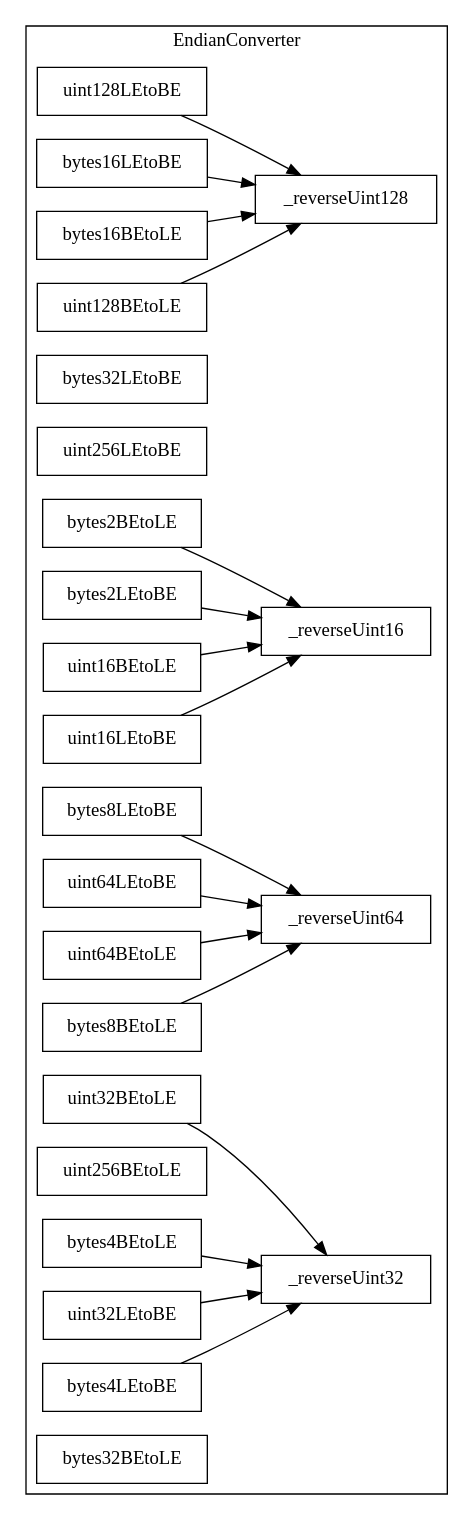
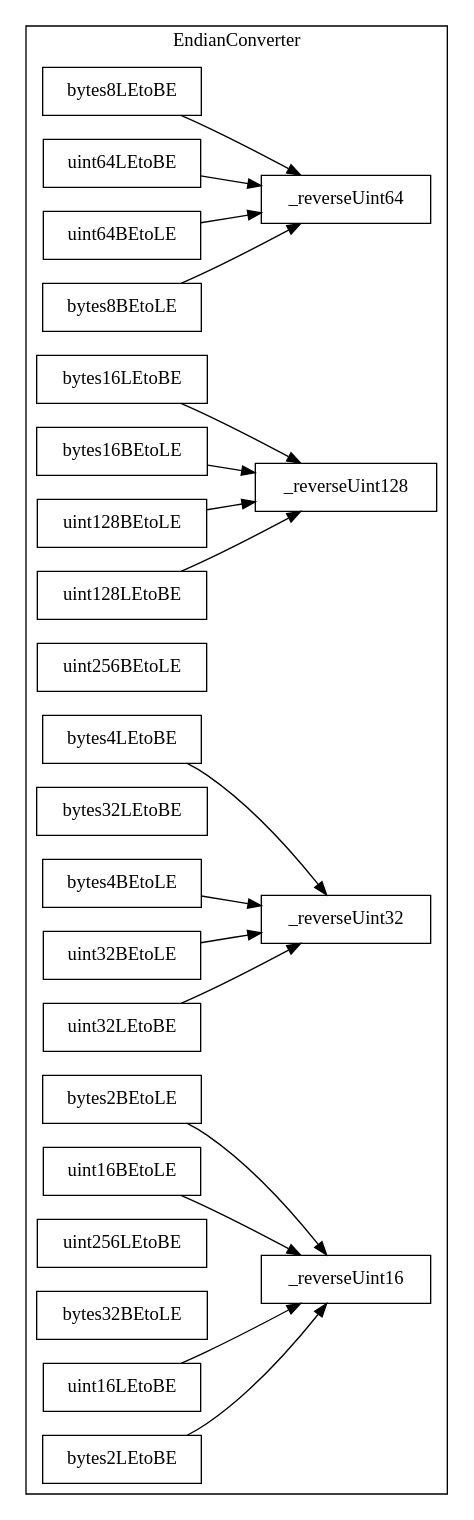
Before and after one commit to quidmints/SPV: the diagram in evm/slither-out/...EndianConverter.call-graph.dot, drawn with Graphviz. The commit also changed 98 other files, not shown here.

First line of the commit message:
Regenerate slither-out: it described an architecture deleted 12 days ago

```diff
--- a/evm/slither-out/...EndianConverter.call-graph.dot
+++ b/evm/slither-out/...EndianConverter.call-graph.dot
@@ -1,49 +1,49 @@
 strict digraph {
 rankdir="LR"
 node [shape=box]
-subgraph cluster_13115_EndianConverter {
+subgraph cluster_15160_EndianConverter {
 label = "EndianConverter"
-"13115_uint16BEtoLE" [label="uint16BEtoLE"]
-"13115_uint128LEtoBE" [label="uint128LEtoBE"]
-"13115_bytes4LEtoBE" [label="bytes4LEtoBE"]
-"13115_bytes16LEtoBE" [label="bytes16LEtoBE"]
-"13115__reverseUint64" [label="_reverseUint64"]
-"13115_bytes32LEtoBE" [label="bytes32LEtoBE"]
-"13115__reverseUint16" [label="_reverseUint16"]
-"13115_uint256LEtoBE" [label="uint256LEtoBE"]
-"13115_bytes16BEtoLE" [label="bytes16BEtoLE"]
-"13115_bytes2LEtoBE" [label="bytes2LEtoBE"]
-"13115_bytes8LEtoBE" [label="bytes8LEtoBE"]
-"13115_uint128BEtoLE" [label="uint128BEtoLE"]
-"13115_uint64LEtoBE" [label="uint64LEtoBE"]
-"13115_uint16LEtoBE" [label="uint16LEtoBE"]
-"13115__reverseUint32" [label="_reverseUint32"]
-"13115_bytes2BEtoLE" [label="bytes2BEtoLE"]
-"13115_uint64BEtoLE" [label="uint64BEtoLE"]
-"13115_uint32LEtoBE" [label="uint32LEtoBE"]
-"13115_uint256BEtoLE" [label="uint256BEtoLE"]
-"13115_bytes4BEtoLE" [label="bytes4BEtoLE"]
-"13115_bytes8BEtoLE" [label="bytes8BEtoLE"]
-"13115__reverseUint128" [label="_reverseUint128"]
-"13115_uint32BEtoLE" [label="uint32BEtoLE"]
-"13115_bytes32BEtoLE" [label="bytes32BEtoLE"]
-"13115_bytes8BEtoLE" -> "13115__reverseUint64"
-"13115_uint16LEtoBE" -> "13115__reverseUint16"
-"13115_bytes16LEtoBE" -> "13115__reverseUint128"
-"13115_bytes4BEtoLE" -> "13115__reverseUint32"
-"13115_uint128LEtoBE" -> "13115__reverseUint128"
-"13115_uint64BEtoLE" -> "13115__reverseUint64"
-"13115_uint16BEtoLE" -> "13115__reverseUint16"
-"13115_uint128BEtoLE" -> "13115__reverseUint128"
-"13115_bytes2LEtoBE" -> "13115__reverseUint16"
-"13115_uint32LEtoBE" -> "13115__reverseUint32"
-"13115_uint64LEtoBE" -> "13115__reverseUint64"
-"13115_bytes4LEtoBE" -> "13115__reverseUint32"
-"13115_uint32BEtoLE" -> "13115__reverseUint32"
-"13115_bytes16BEtoLE" -> "13115__reverseUint128"
-"13115_bytes8LEtoBE" -> "13115__reverseUint64"
-"13115_bytes2BEtoLE" -> "13115__reverseUint16"
+"15160__reverseUint32" [label="_reverseUint32"]
+"15160_bytes4BEtoLE" [label="bytes4BEtoLE"]
+"15160_uint128LEtoBE" [label="uint128LEtoBE"]
+"15160_uint16LEtoBE" [label="uint16LEtoBE"]
+"15160_bytes8LEtoBE" [label="bytes8LEtoBE"]
+"15160__reverseUint128" [label="_reverseUint128"]
+"15160_uint64LEtoBE" [label="uint64LEtoBE"]
+"15160_uint64BEtoLE" [label="uint64BEtoLE"]
+"15160_bytes16LEtoBE" [label="bytes16LEtoBE"]
+"15160_bytes2LEtoBE" [label="bytes2LEtoBE"]
+"15160_uint256BEtoLE" [label="uint256BEtoLE"]
+"15160_uint32BEtoLE" [label="uint32BEtoLE"]
+"15160__reverseUint16" [label="_reverseUint16"]
+"15160_bytes32LEtoBE" [label="bytes32LEtoBE"]
+"15160_uint32LEtoBE" [label="uint32LEtoBE"]
+"15160_uint128BEtoLE" [label="uint128BEtoLE"]
+"15160_bytes2BEtoLE" [label="bytes2BEtoLE"]
+"15160_uint16BEtoLE" [label="uint16BEtoLE"]
+"15160_bytes8BEtoLE" [label="bytes8BEtoLE"]
+"15160__reverseUint64" [label="_reverseUint64"]
+"15160_uint256LEtoBE" [label="uint256LEtoBE"]
+"15160_bytes32BEtoLE" [label="bytes32BEtoLE"]
+"15160_bytes4LEtoBE" [label="bytes4LEtoBE"]
+"15160_bytes16BEtoLE" [label="bytes16BEtoLE"]
+"15160_bytes8BEtoLE" -> "15160__reverseUint64"
+"15160_uint128BEtoLE" -> "15160__reverseUint128"
+"15160_uint16LEtoBE" -> "15160__reverseUint16"
+"15160_uint32LEtoBE" -> "15160__reverseUint32"
+"15160_uint128LEtoBE" -> "15160__reverseUint128"
+"15160_bytes16BEtoLE" -> "15160__reverseUint128"
+"15160_bytes8LEtoBE" -> "15160__reverseUint64"
+"15160_bytes2LEtoBE" -> "15160__reverseUint16"
+"15160_bytes2BEtoLE" -> "15160__reverseUint16"
+"15160_uint16BEtoLE" -> "15160__reverseUint16"
+"15160_uint32BEtoLE" -> "15160__reverseUint32"
+"15160_uint64LEtoBE" -> "15160__reverseUint64"
+"15160_bytes4LEtoBE" -> "15160__reverseUint32"
+"15160_uint64BEtoLE" -> "15160__reverseUint64"
+"15160_bytes4BEtoLE" -> "15160__reverseUint32"
+"15160_bytes16LEtoBE" -> "15160__reverseUint128"
 }subgraph cluster_solidity {
 label = "[Solidity]"
 }
 }
```
